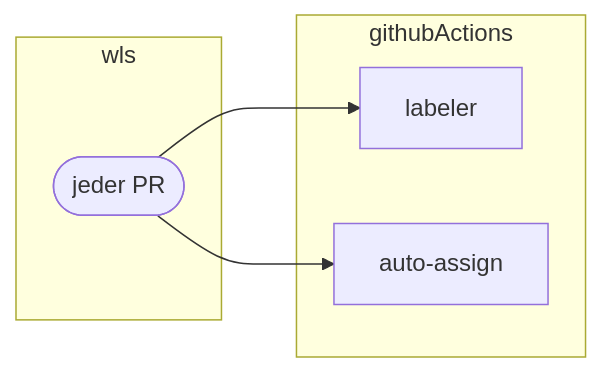
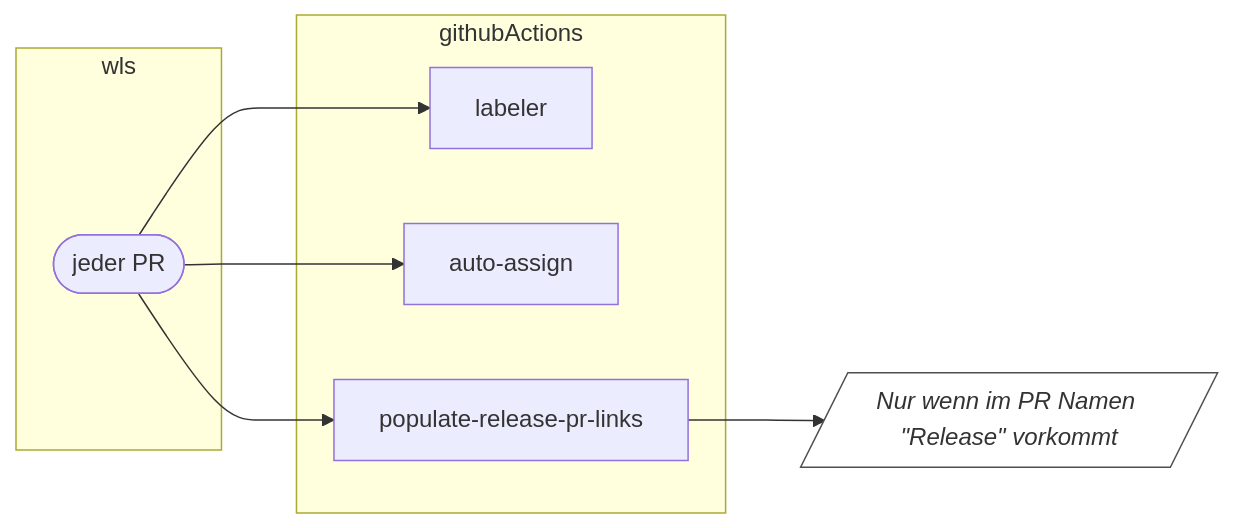
The second of 12 diagrams in docs/src/technik/ecosystem/workflowsAndArtifacts/relations.md (it-at-m/Wahllokalsystem), drawn with Mermaid before and after one commit.

Commit message:
#2970 :memo: add new workflow in docu

````diff
--- a/docs/src/technik/ecosystem/workflowsAndArtifacts/relations.md
+++ b/docs/src/technik/ecosystem/workflowsAndArtifacts/relations.md
@@ -20,13 +20,19 @@
 ```mermaid
 flowchart LR
     subgraph wls
         anyPR([jeder PR])
     end
 
     subgraph githubActions
        labeler 
        auto-assign
+       populate-release-pr-links
     end
     anyPR --> labeler
     anyPR --> auto-assign
+    anyPR --> populate-release-pr-links
+    populate-release-pr-links --> note[/Nur wenn im PR Namen "Release" vorkommt/] 
+    
+    classDef text fill:#ffffff,font-style:italic,stroke:#4f4f4f
+    class note text
 ```
````
